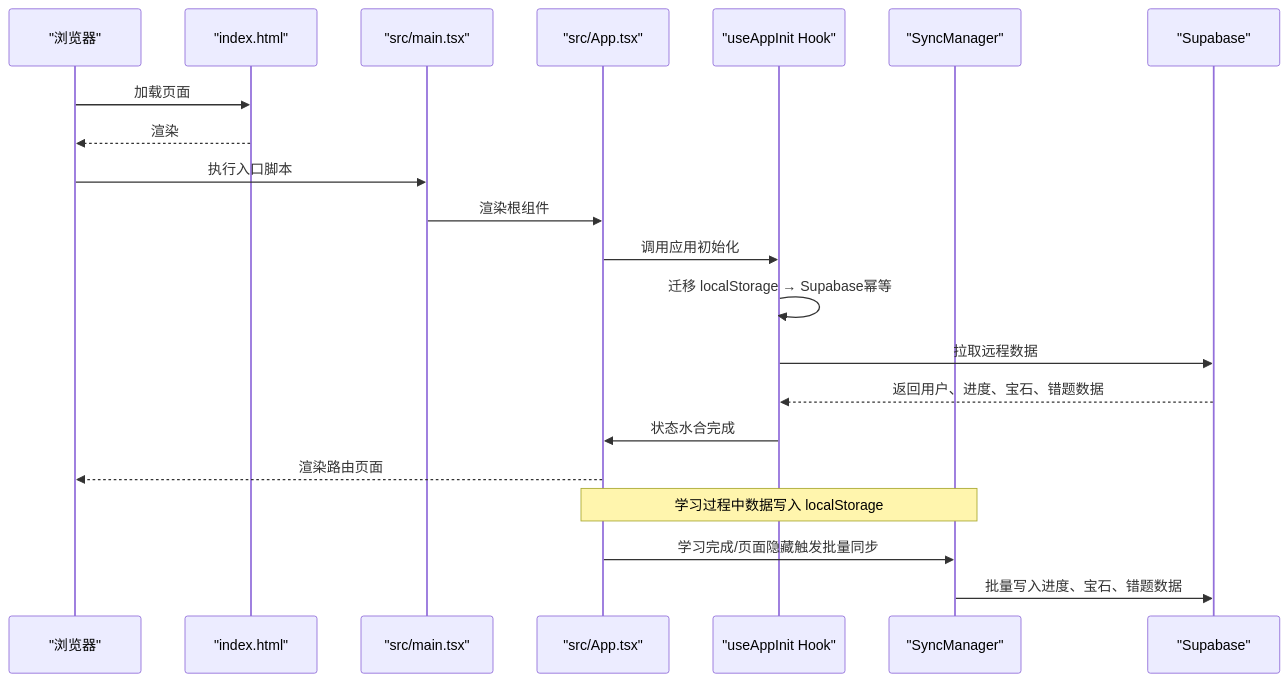
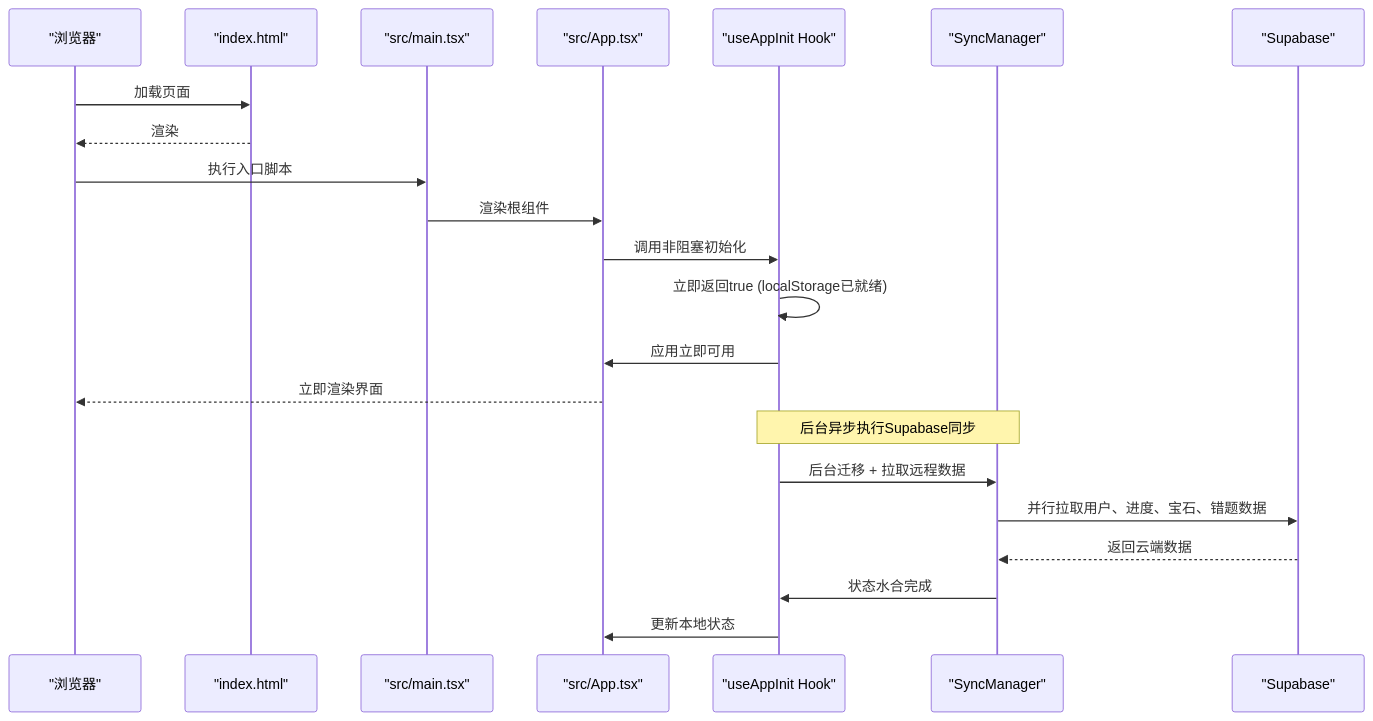
Before and after one commit to wudeng2005/rainbow-learning: the second of 6 diagrams in .qoder/repowiki/zh/content/核心架构/核心架构.md, drawn with Mermaid. The commit also changed other lines of this file and 49 other files, not shown here.

````diff
--- a/.qoder/repowiki/zh/content/核心架构/核心架构.md
+++ b/.qoder/repowiki/zh/content/核心架构/核心架构.md
@@ -108,23 +124,24 @@
 ```mermaid
 sequenceDiagram
 participant Browser as "浏览器"
 participant HTML as "index.html"
 participant Main as "src/main.tsx"
 participant App as "src/App.tsx"
 participant Init as "useAppInit Hook"
 participant Sync as "SyncManager"
 participant Supabase as "Supabase"
 Browser->>HTML : 加载页面
 HTML-->>Browser : 渲染 #root 容器
 Browser->>Main : 执行入口脚本
 Main->>App : 渲染根组件
-App->>Init : 调用应用初始化
-Init->>Init : 迁移 localStorage → Supabase幂等
-Init->>Supabase : 拉取远程数据
-Supabase-->>Init : 返回用户、进度、宝石、错题数据
-Init->>App : 状态水合完成
-App-->>Browser : 渲染路由页面
-Note over App,Sync : 学习过程中数据写入 localStorage
-App->>Sync : 学习完成/页面隐藏触发批量同步
-Sync->>Supabase : 批量写入进度、宝石、错题数据
+App->>Init : 调用非阻塞初始化
+Init->>Init : 立即返回true (localStorage已就绪)
+Init->>App : 应用立即可用
+App-->>Browser : 立即渲染界面
+Note over Init,Sync : 后台异步执行Supabase同步
+Init->>Sync : 后台迁移 + 拉取远程数据
+Sync->>Supabase : 并行拉取用户、进度、宝石、错题数据
+Supabase-->>Sync : 返回云端数据
+Sync->>Init : 状态水合完成
+Init->>App : 更新本地状态
 ```
````
